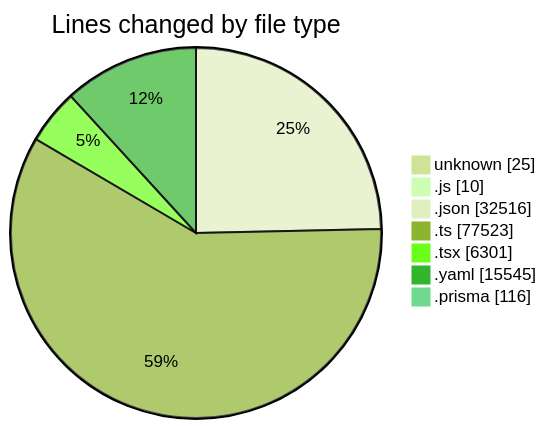
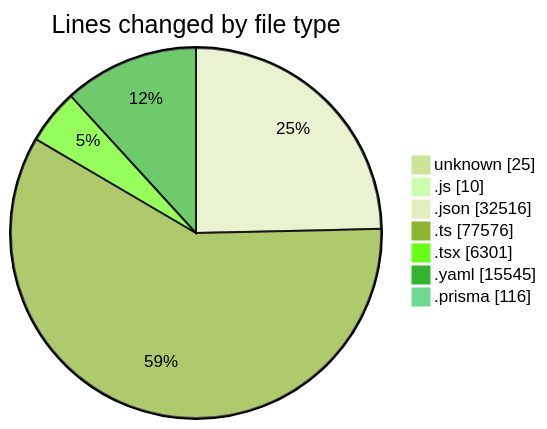
One commit to CELIANVF/code-tracking changed the first of 2 diagrams in 2025-05-02/ecodeli/README.md. Above: the diagram before and after it, drawn with Mermaid (forest theme). The commit also changed other lines of this file and 1 other file, not shown here.

````diff
--- a/2025-05-02/ecodeli/README.md
+++ b/2025-05-02/ecodeli/README.md
@@ -90,11 +90,11 @@
 ```mermaid
 pie showData
 title Lines changed by file type
 "unknown" : 25
 ".js" : 10
 ".json" : 32516
-".ts" : 77523
+".ts" : 77576
 ".tsx" : 6301
 ".yaml" : 15545
 ".prisma" : 116
 ```
````
